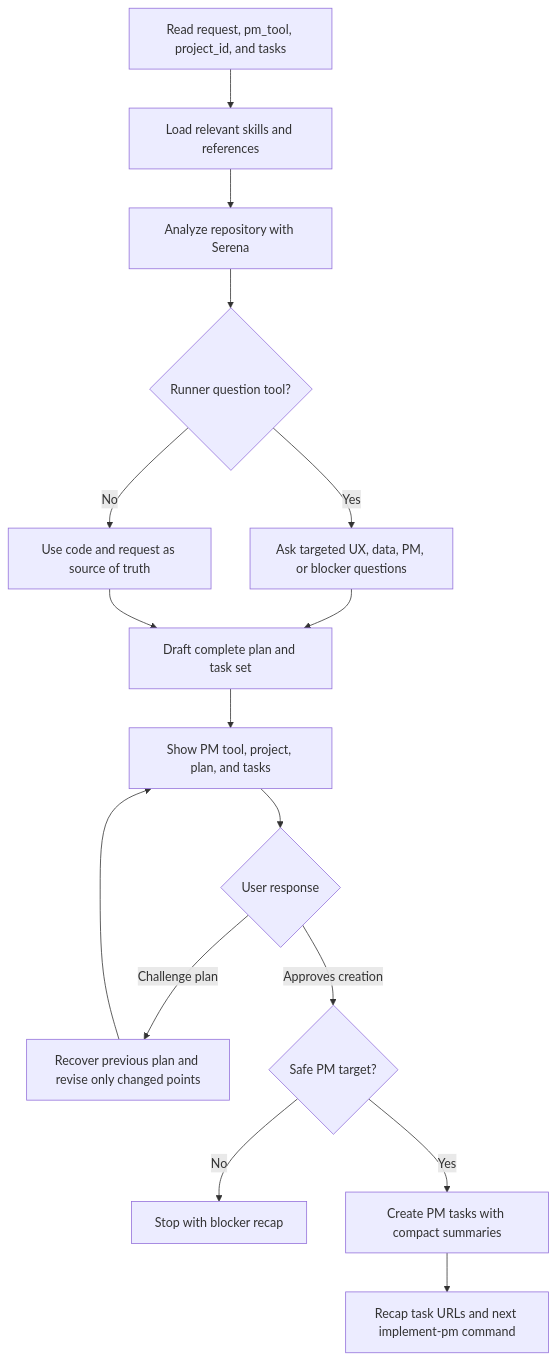
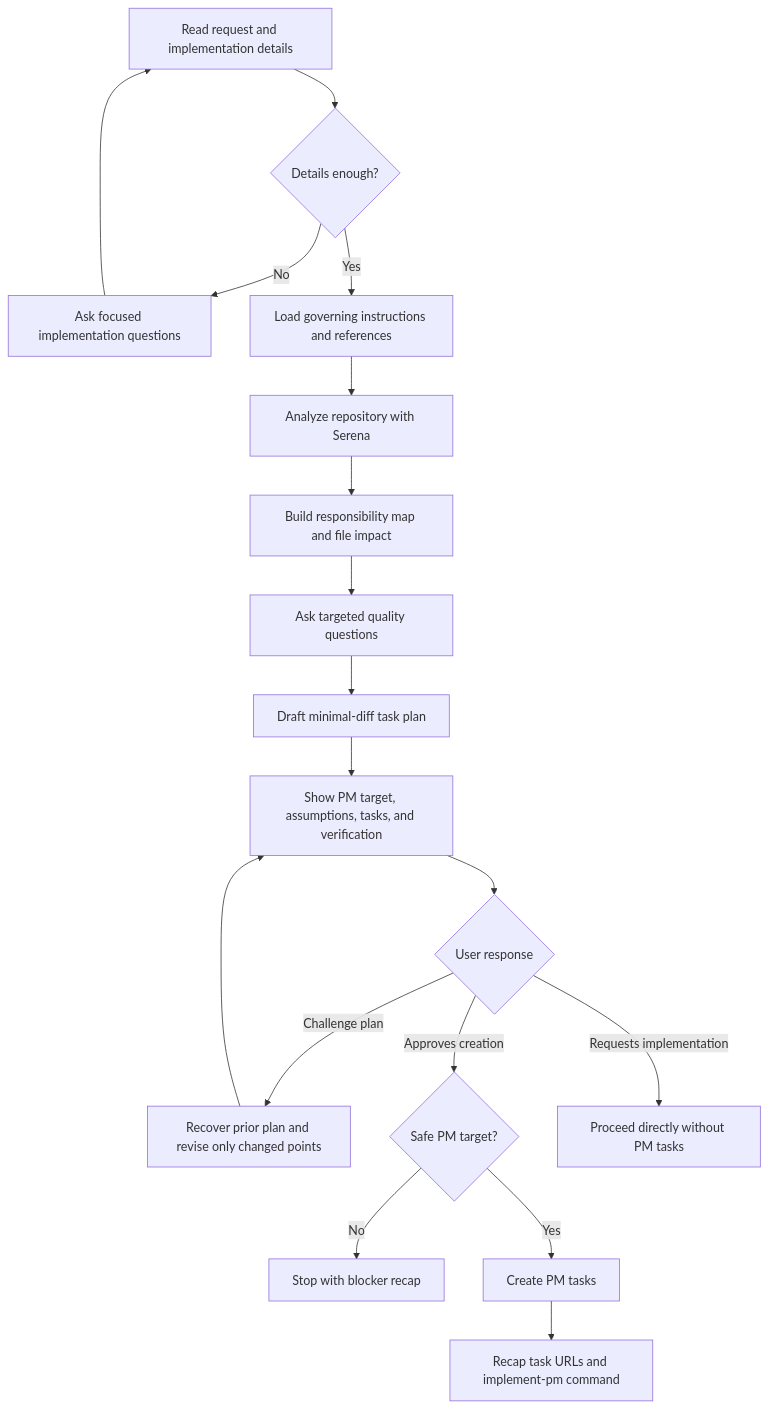
The diagram in skills/feed-pm/SKILL.md (mvagnon/plan-based-agentic-workflow), drawn with Mermaid before and after one commit. The commit also changed other lines of this file and 10 other files, not shown here.

````diff
--- a/skills/feed-pm/SKILL.md
+++ b/skills/feed-pm/SKILL.md
@@ -22,18 +28,20 @@
 ```mermaid
 flowchart TD
-  A[Read request, pm_tool, project_id, and tasks] --> B[Load relevant skills and references]
-  B --> C[Analyze repository with Serena]
-  C --> D{Runner question tool?}
-  D -->|Yes| E[Ask targeted UX, data, PM, or blocker questions]
-  D -->|No| F[Use code and request as source of truth]
-  E --> G[Draft complete plan and task set]
-  F --> G
-  G --> H[Show PM tool, project, plan, and tasks]
-  H --> I{User response}
-  I -->|Challenge plan| J[Recover previous plan and revise only changed points]
-  J --> H
-  I -->|Approves creation| K{Safe PM target?}
-  K -->|No| L[Stop with blocker recap]
-  K -->|Yes| M[Create PM tasks with compact summaries]
-  M --> N[Recap task URLs and next implement-pm command]
+  A[Read request and implementation details] --> B{Details enough?}
+  B -->|No| C[Ask focused implementation questions]
+  C --> A
+  B -->|Yes| D[Load governing instructions and references]
+  D --> E[Analyze repository with Serena]
+  E --> F[Build responsibility map and file impact]
+  F --> G[Ask targeted quality questions]
+  G --> H[Draft minimal-diff task plan]
+  H --> I[Show PM target, assumptions, tasks, and verification]
+  I --> J{User response}
+  J -->|Challenge plan| K[Recover prior plan and revise only changed points]
+  K --> I
+  J -->|Approves creation| L{Safe PM target?}
+  L -->|No| M[Stop with blocker recap]
+  L -->|Yes| N[Create PM tasks]
+  N --> O[Recap task URLs and implement-pm command]
+  J -->|Requests implementation| P[Proceed directly without PM tasks]
 ```
````
